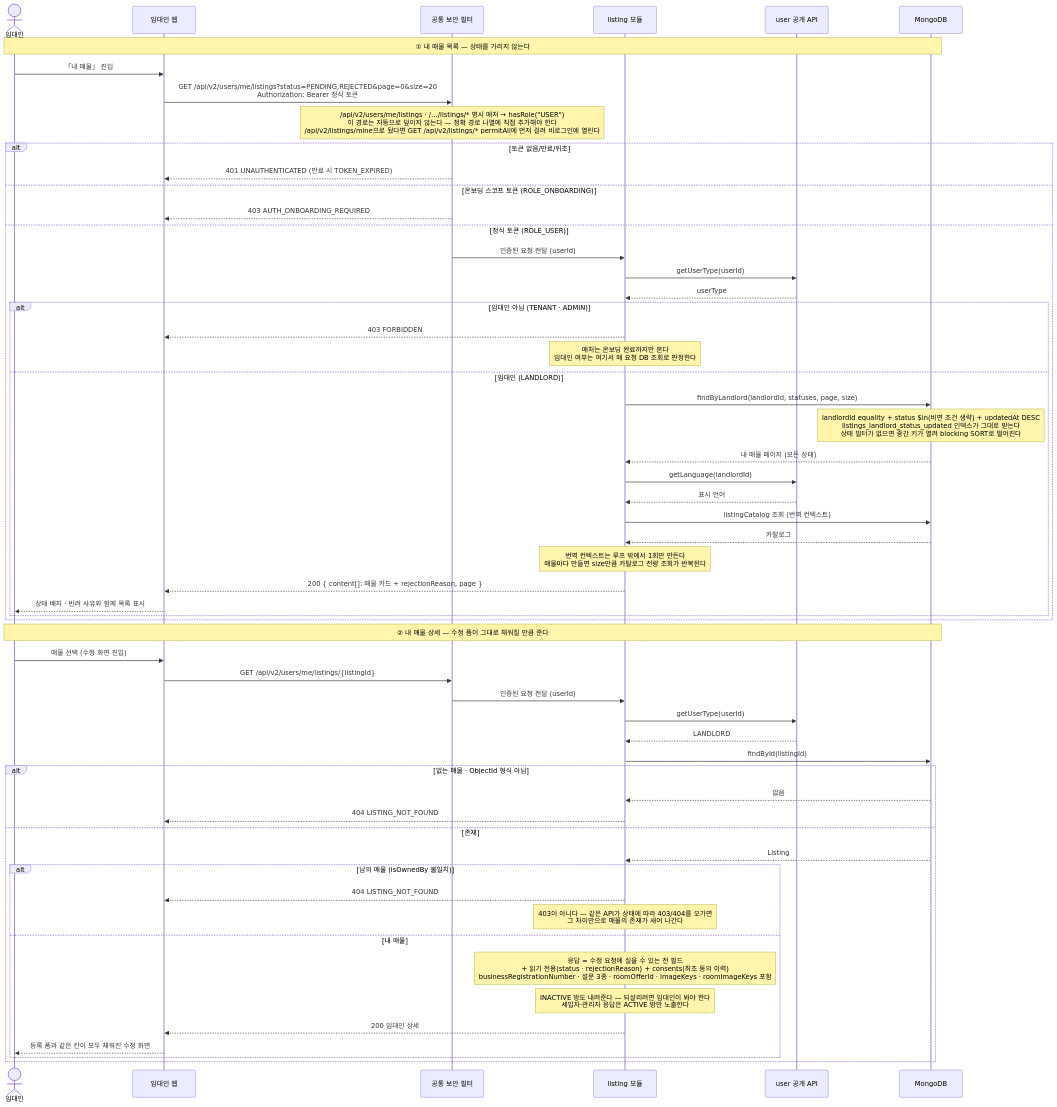
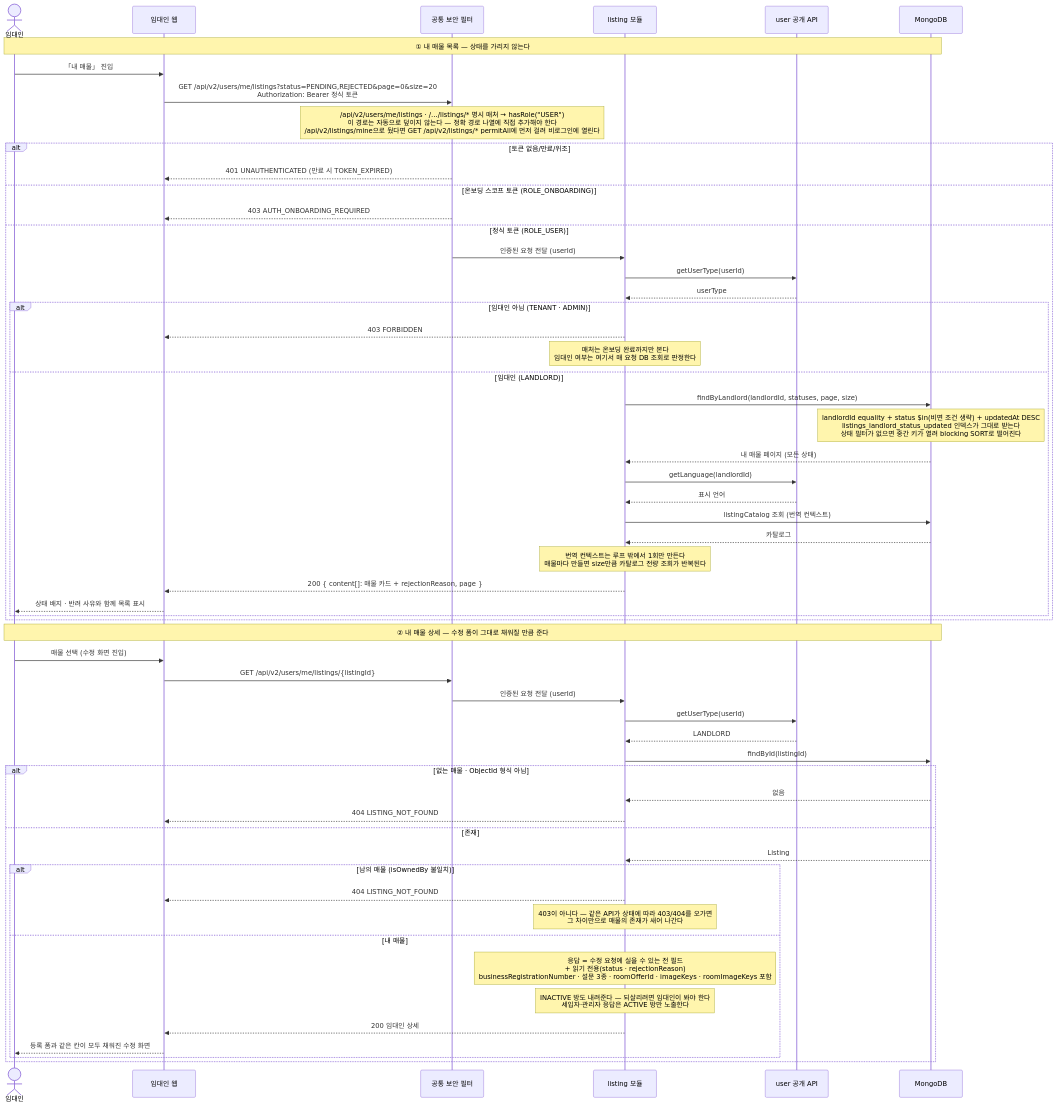
Before and after one commit to jameskim9509/Kohere-backend: the diagram in docs/architecture/sequence-diagrams/03-listings-favorites/us-3-8-landlord-listing-query.md, drawn with Mermaid. The commit also changed other lines of this file and 45 other files, not shown here.

````diff
--- a/docs/architecture/sequence-diagrams/03-listings-favorites/us-3-8-landlord-listing-query.md
+++ b/docs/architecture/sequence-diagrams/03-listings-favorites/us-3-8-landlord-listing-query.md
@@ -7,67 +7,67 @@
 ```mermaid
 sequenceDiagram
     actor L as 임대인
     participant W as 임대인 웹
     participant SEC as 공통 보안 필터
     participant LIST as listing 모듈
     participant USER as user 공개 API
     participant DB as MongoDB
 
     Note over L,DB: ① 내 매물 목록 — 상태를 가리지 않는다
 
     L->>W: 「내 매물」 진입
     W->>SEC: GET /api/v2/users/me/listings?status=PENDING,REJECTED&page=0&size=20<br/>Authorization: Bearer 정식 토큰
     Note over SEC: /api/v2/users/me/listings · /…/listings/* 명시 매처 → hasRole("USER")<br/>이 경로는 자동으로 덮이지 않는다 — 정확 경로 나열에 직접 추가해야 한다<br/>/api/v2/listings/mine으로 뒀다면 GET /api/v2/listings/* permitAll에 먼저 걸려 비로그인에 열린다
 
     alt 토큰 없음/만료/위조
         SEC-->>W: 401 UNAUTHENTICATED (만료 시 TOKEN_EXPIRED)
     else 온보딩 스코프 토큰 (ROLE_ONBOARDING)
         SEC-->>W: 403 AUTH_ONBOARDING_REQUIRED
     else 정식 토큰 (ROLE_USER)
         SEC->>LIST: 인증된 요청 전달 (userId)
         LIST->>USER: getUserType(userId)
         USER-->>LIST: userType
 
         alt 임대인 아님 (TENANT · ADMIN)
             LIST-->>W: 403 FORBIDDEN
             Note over LIST: 매처는 온보딩 완료까지만 본다<br/>임대인 여부는 여기서 매 요청 DB 조회로 판정한다
         else 임대인 (LANDLORD)
             LIST->>DB: findByLandlord(landlordId, statuses, page, size)
             Note over DB: landlordId equality + status $in(비면 조건 생략) + updatedAt DESC<br/>listings_landlord_status_updated 인덱스가 그대로 받는다<br/>상태 필터가 없으면 중간 키가 열려 blocking SORT로 떨어진다
             DB-->>LIST: 내 매물 페이지 (모든 상태)
             LIST->>USER: getLanguage(landlordId)
             USER-->>LIST: 표시 언어
             LIST->>DB: listingCatalog 조회 (번역 컨텍스트)
             DB-->>LIST: 카탈로그
             Note over LIST: 번역 컨텍스트는 루프 밖에서 1회만 만든다<br/>매물마다 만들면 size만큼 카탈로그 전량 조회가 반복된다
             LIST-->>W: 200 { content[]: 매물 카드 + rejectionReason, page }
             W-->>L: 상태 배지 · 반려 사유와 함께 목록 표시
         end
     end
 
     Note over L,DB: ② 내 매물 상세 — 수정 폼이 그대로 채워질 만큼 준다
 
     L->>W: 매물 선택 (수정 화면 진입)
     W->>SEC: GET /api/v2/users/me/listings/{listingId}
     SEC->>LIST: 인증된 요청 전달 (userId)
     LIST->>USER: getUserType(userId)
     USER-->>LIST: LANDLORD
     LIST->>DB: findById(listingId)
 
     alt 없는 매물 · ObjectId 형식 아님
         DB-->>LIST: 없음
         LIST-->>W: 404 LISTING_NOT_FOUND
     else 존재
         DB-->>LIST: Listing
 
         alt 남의 매물 (isOwnedBy 불일치)
             LIST-->>W: 404 LISTING_NOT_FOUND
             Note over LIST: 403이 아니다 — 같은 API가 상태에 따라 403/404를 오가면<br/>그 차이만으로 매물의 존재가 새어 나간다
         else 내 매물
-            Note over LIST: 응답 = 수정 요청에 실을 수 있는 전 필드<br/>+ 읽기 전용(status · rejectionReason) + consents(최초 동의 이력)<br/>businessRegistrationNumber · 설문 3종 · roomOfferId · imageKeys · roomImageKeys 포함
+            Note over LIST: 응답 = 수정 요청에 실을 수 있는 전 필드<br/>+ 읽기 전용(status · rejectionReason)<br/>businessRegistrationNumber · 설문 3종 · roomOfferId · imageKeys · roomImageKeys 포함
             Note over LIST: INACTIVE 방도 내려준다 — 되살리려면 임대인이 봐야 한다<br/>세입자·관리자 응답은 ACTIVE 방만 노출한다
             LIST-->>W: 200 임대인 상세
             W-->>L: 등록 폼과 같은 칸이 모두 채워진 수정 화면
         end
     end
 ```
````
